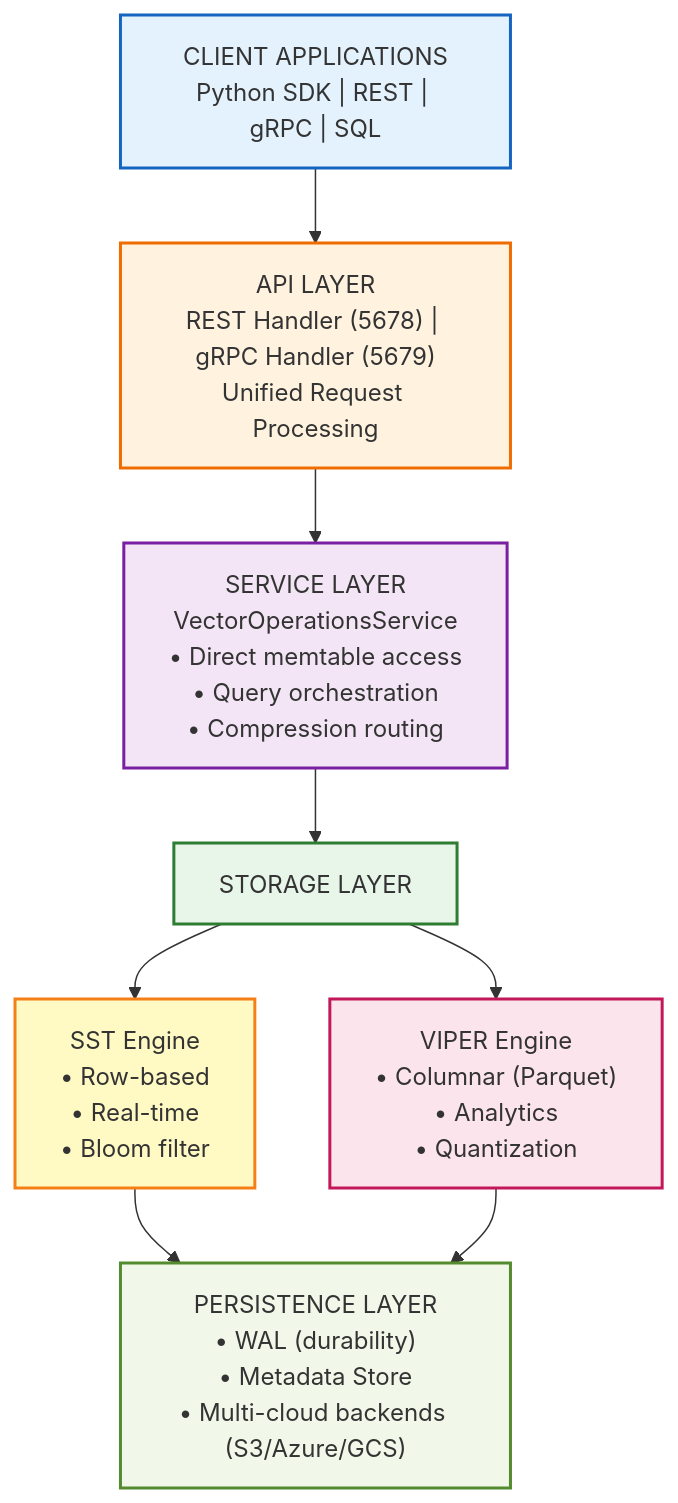
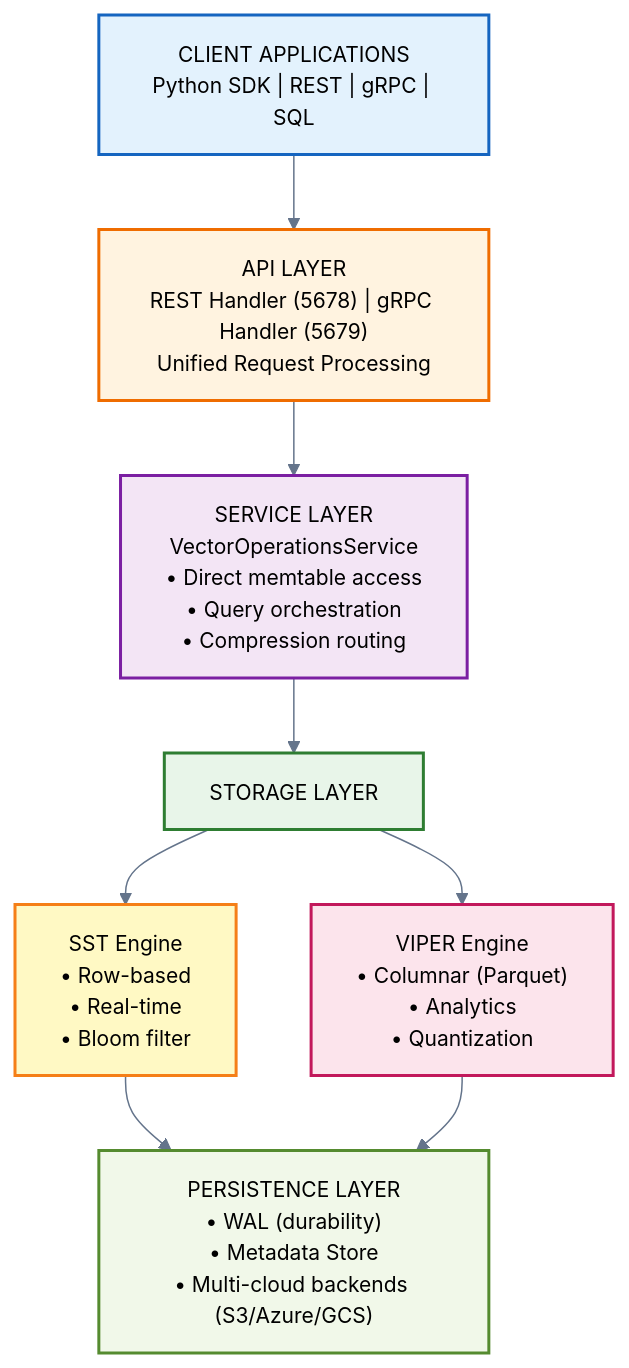
One commit to vjsingh1984/proximaDB changed the diagram in docs/diagrams/system-layers.mmd. Above: the diagram before and after it, drawn with Mermaid. The commit also changed 31 other files, not shown here.

First line of the commit message:
fix: add Mermaid init blocks to all diagrams for proper rendering

```diff
--- a/docs/diagrams/system-layers.mmd
+++ b/docs/diagrams/system-layers.mmd
@@ -1,20 +1,21 @@
+%%{init: {"theme":"neutral", "themeVariables": {"primaryColor":"#4A90E2","primaryBorderColor":"#2563eb","secondaryColor":"#5CB85C","tertiaryColor":"#F5A623","lineColor":"#64748b","background":"transparent","fontFamily":"-apple-system, BlinkMacSystemFont, Segoe UI, Roboto, sans-serif","fontSize":"14px"}}}%%
 graph TD
     Client["CLIENT APPLICATIONS<br/>Python SDK | REST | gRPC | SQL"] --> API["API LAYER<br/>REST Handler (5678) | gRPC Handler (5679)<br/>Unified Request Processing"]
     
     API --> Service["SERVICE LAYER<br/>VectorOperationsService<br/>• Direct memtable access<br/>• Query orchestration<br/>• Compression routing"]
     
     Service --> Storage["STORAGE LAYER"]
     
     Storage --> SST["SST Engine<br/>• Row-based<br/>• Real-time<br/>• Bloom filter"]
     Storage --> VIPER["VIPER Engine<br/>• Columnar (Parquet)<br/>• Analytics<br/>• Quantization"]
     
     SST --> Persistence["PERSISTENCE LAYER<br/>• WAL (durability)<br/>• Metadata Store<br/>• Multi-cloud backends (S3/Azure/GCS)"]
     VIPER --> Persistence
     
     style Client fill:#e3f2fd,stroke:#1565c0,stroke-width:2px
     style API fill:#fff3e0,stroke:#ef6c00,stroke-width:2px
     style Service fill:#f3e5f5,stroke:#7b1fa2,stroke-width:2px
     style Storage fill:#e8f5e9,stroke:#2e7d32,stroke-width:2px
     style SST fill:#fff9c4,stroke:#f57f17,stroke-width:2px
     style VIPER fill:#fce4ec,stroke:#c2185b,stroke-width:2px
     style Persistence fill:#f1f8e9,stroke:#558b2f,stroke-width:2px
```
